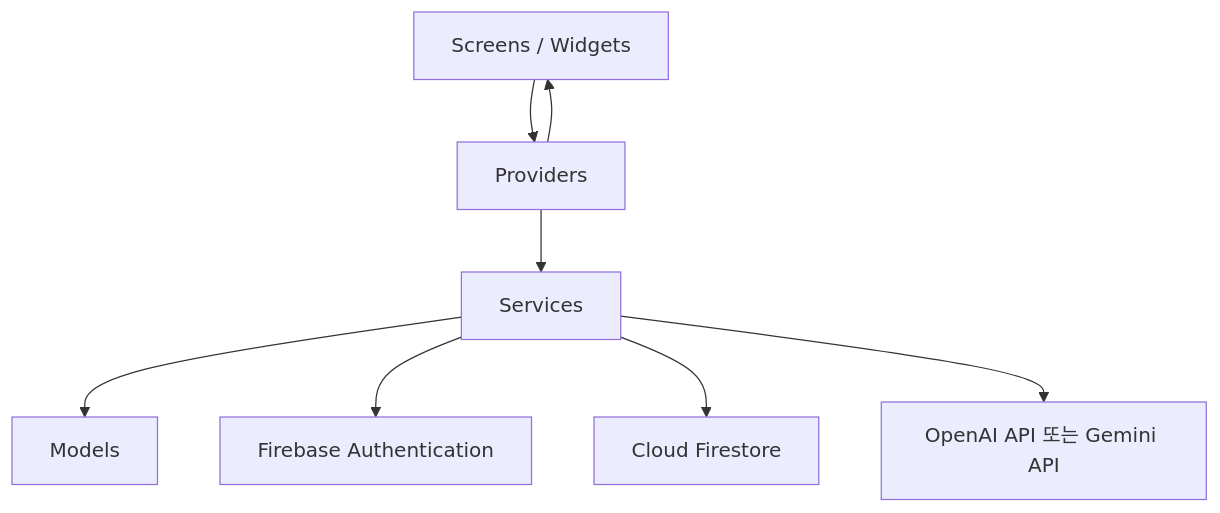
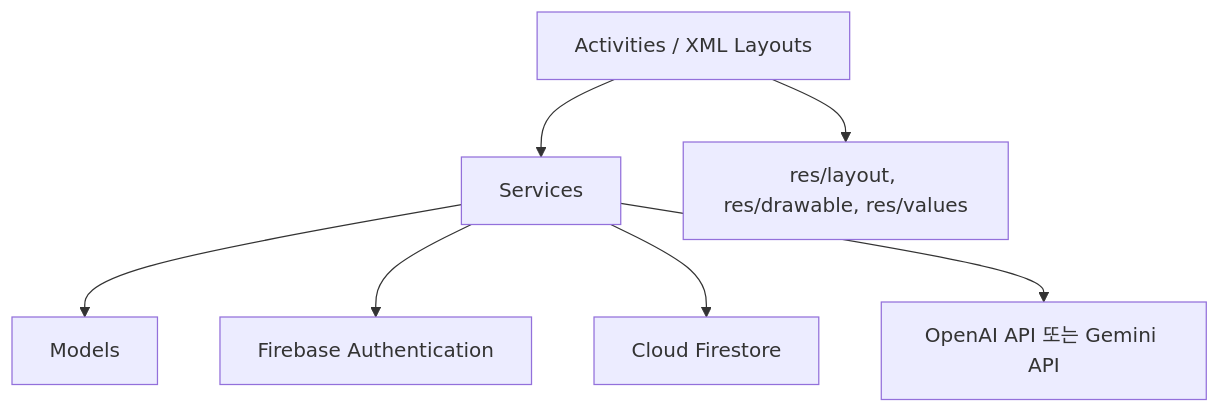
Before and after one commit to jh3779/studymate: the diagram in docs/03_design/app_architecture.md, drawn with Mermaid. The commit also changed other lines of this file and 83 other files, not shown here.

````diff
--- a/docs/03_design/app_architecture.md
+++ b/docs/03_design/app_architecture.md
@@ -11,10 +11,9 @@
 ```mermaid
 flowchart TB
-    UI[Screens / Widgets] --> Provider[Providers]
-    Provider --> Service[Services]
+    UI[Activities / XML Layouts] --> Service[Services]
     Service --> Model[Models]
     Service --> FirebaseAuth[Firebase Authentication]
     Service --> Firestore[Cloud Firestore]
     Service --> AIAPI[OpenAI API 또는 Gemini API]
-    Provider --> UI
+    UI --> Resource[res/layout, res/drawable, res/values]
 ```
````
